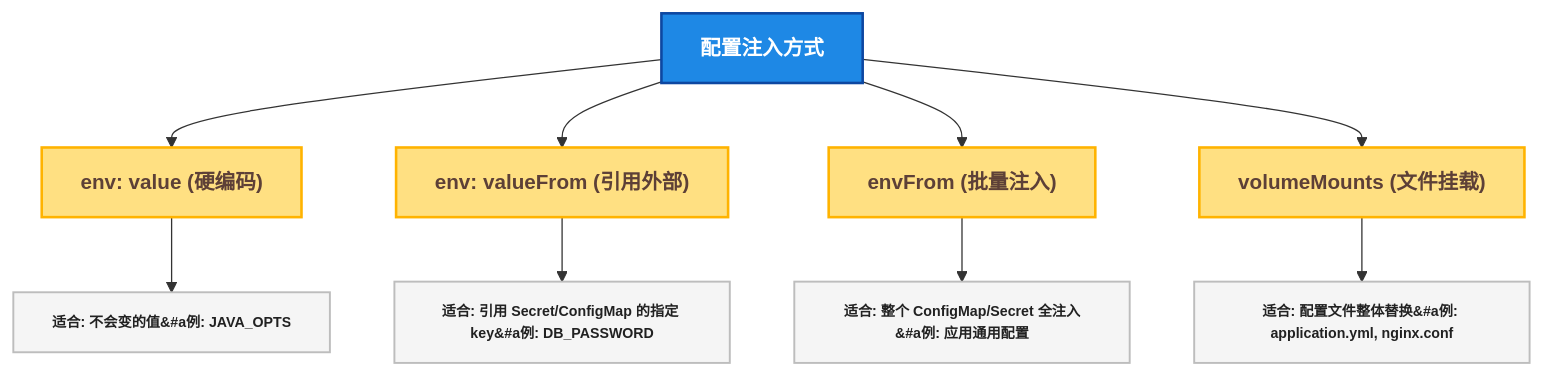
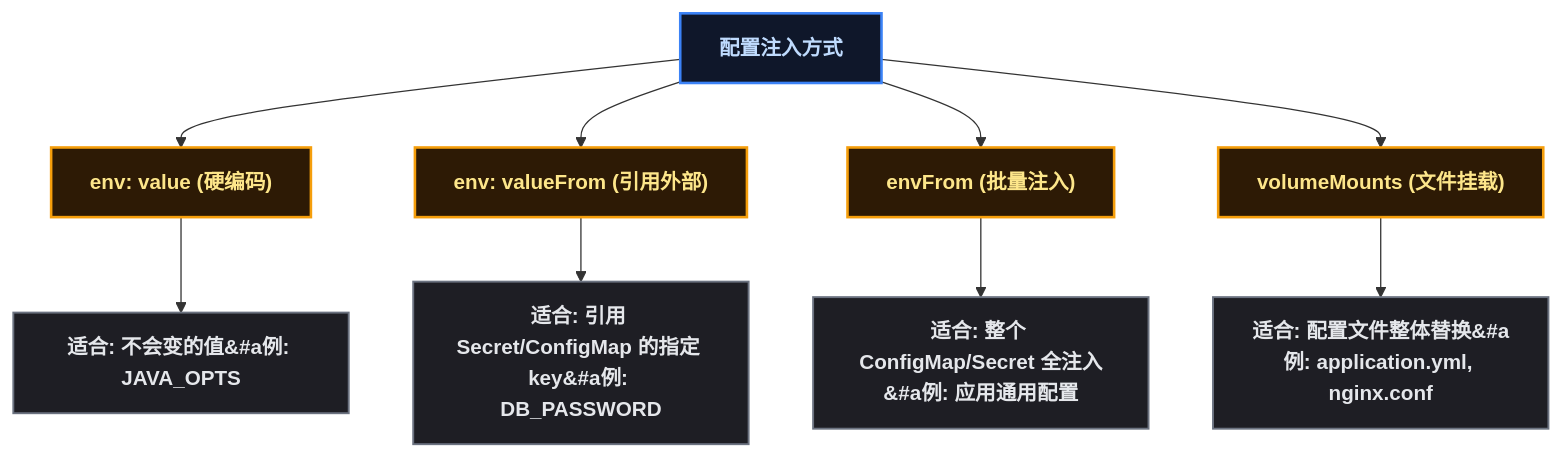
The fourth of 5 diagrams in content/posts/kubernetes/PodSurvivalGuide.md (yaocat55/yaocat55.github.io), drawn with Mermaid before and after one commit. The commit also changed other lines of this file and 155 other files, not shown here.

````diff
--- a/content/posts/kubernetes/PodSurvivalGuide.md
+++ b/content/posts/kubernetes/PodSurvivalGuide.md
@@ -303,22 +303,22 @@
 ```mermaid
 flowchart TD
   ENV["配置注入方式"]
   ENV --> W1["env: value (硬编码)"]
   ENV --> W2["env: valueFrom (引用外部)"]
   ENV --> W3["envFrom (批量注入)"]
   ENV --> W4["volumeMounts (文件挂载)"]
 
   W1 --> W1U["适合: 不会变的值&#a例: JAVA_OPTS"]
   W2 --> W2U["适合: 引用 Secret/ConfigMap 的指定 key&#a例: DB_PASSWORD"]
   W3 --> W3U["适合: 整个 ConfigMap/Secret 全注入&#a例: 应用通用配置"]
   W4 --> W4U["适合: 配置文件整体替换&#a例: application.yml, nginx.conf"]
 
-  classDef root fill:#1E88E5,stroke:#0D47A1,stroke-width:2px,color:#FFFFFF,font-weight:bold
+classDef root fill:#0f172a,stroke:#3b82f6,stroke-width:2px,color:#bfdbfe,font-weight:bold;
   class ENV root
 
-  classDef way fill:#FFE082,stroke:#FFB300,stroke-width:2px,color:#5D4037,font-weight:bold
+classDef way fill:#2d1a05,stroke:#f59e0b,stroke-width:2px,color:#fde68a,font-weight:bold;
   class W1,W2,W3,W4 way
 
-  classDef use fill:#F5F5F5,stroke:#BDBDBD,stroke-width:1.5px,color:#212121,font-size:11px
+classDef use fill:#1e1e24,stroke:#6b7280,stroke-width:1.5px,color:#e5e7eb;
   class W1U,W2U,W3U,W4U use
 ```
````
